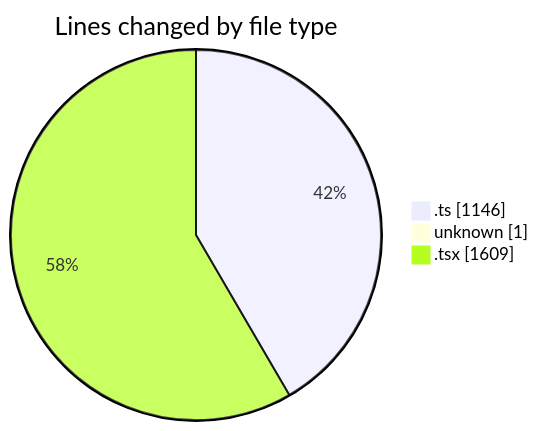
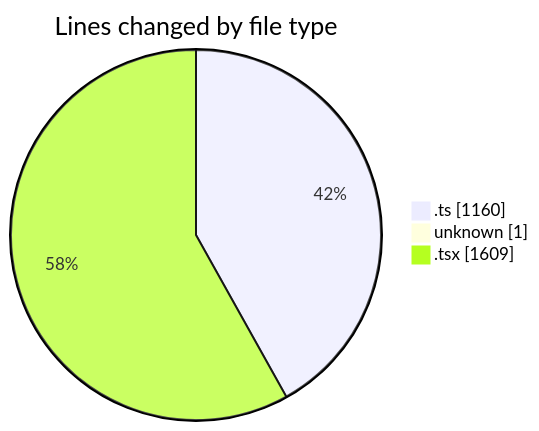
The first of 2 diagrams in 2025-02-17/mbc-web/README.md (robertbonfada/code-tracking), drawn with Mermaid before and after one commit. The commit also changed other lines of this file and 1 other file, not shown here.

````diff
--- a/2025-02-17/mbc-web/README.md
+++ b/2025-02-17/mbc-web/README.md
@@ -38,7 +38,7 @@
 ```mermaid
 pie showData
 title Lines changed by file type
-".ts" : 1146
+".ts" : 1160
 "unknown" : 1
 ".tsx" : 1609
 ```
````
